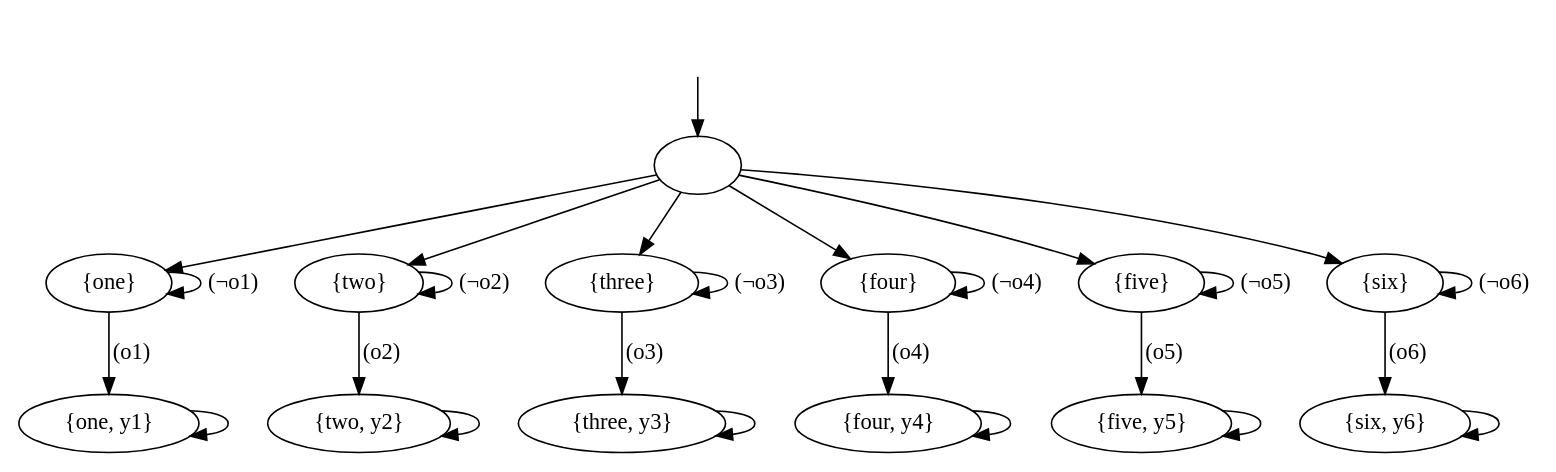
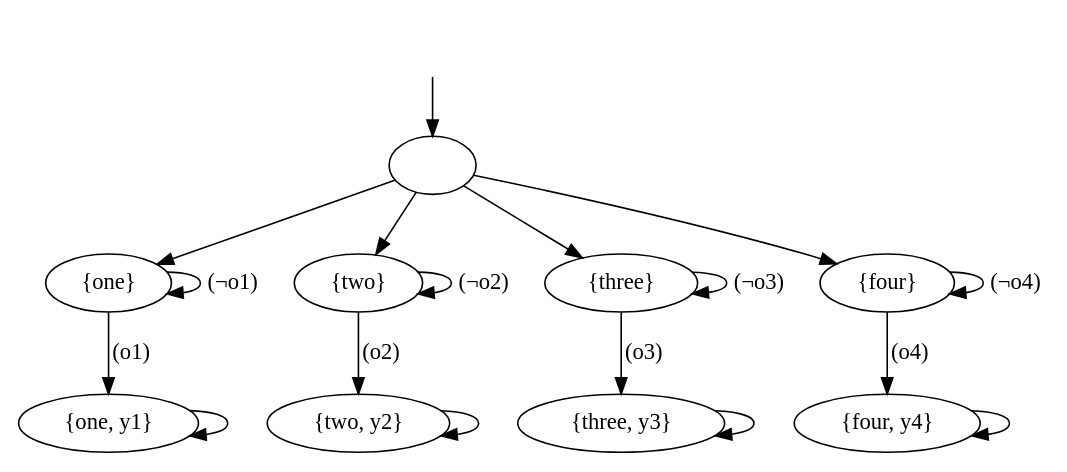
The diagram in kltl_inputs/guessLinear1.gv (schaefer-dev/master_thesis_benchmarks), drawn with Graphviz before and after one commit.

Commit message:
guesslinearfix

```diff
--- a/kltl_inputs/guessLinear1.gv
+++ b/kltl_inputs/guessLinear1.gv
@@ -1,41 +1,29 @@
 digraph graphname {
         _init [style="invis"];
         _init -> s0[label=""];
         s0[label=""];
         s1[label="{one}"];
         s2[label="{two}"];
         s3[label="{one, y1}"];
         s4[label="{two, y2}"];
         s5[label="{three}"];
         s6[label="{four}"];
         s7[label="{three, y3}"];
         s8[label="{four, y4}"];
-        s9[label="{five}"];
-        s10[label="{six}"];
-        s11[label="{five, y5}"];
-        s12[label="{six, y6}"];
         s0 -> s1 [label=""];
         s0 -> s2 [label=""];
         s0 -> s5 [label=""];
         s0 -> s6 [label=""];
-        s0 -> s9 [label=""];
-        s0 -> s10 [label=""];
         s2 -> s2 [label="(¬o2)"];
         s1 -> s1 [label="(¬o1)"];
         s1 -> s3 [label="(o1)"];
         s2 -> s4 [label="(o2)"];
         s3 -> s3 [label=""];
         s4 -> s4 [label=""];
         s5 -> s5 [label="(¬o3)"];
         s6 -> s6 [label="(¬o4)"];
         s5 -> s7 [label="(o3)"];
         s6 -> s8 [label="(o4)"];
         s7 -> s7 [label=""];
         s8 -> s8 [label=""];
-        s9 -> s9 [label="(¬o5)"];
-        s10 -> s10 [label="(¬o6)"];
-        s9 -> s11 [label="(o5)"];
-        s10 -> s12 [label="(o6)"];
-        s11 -> s11 [label=""];
-        s12 -> s12 [label=""];
 }
```
